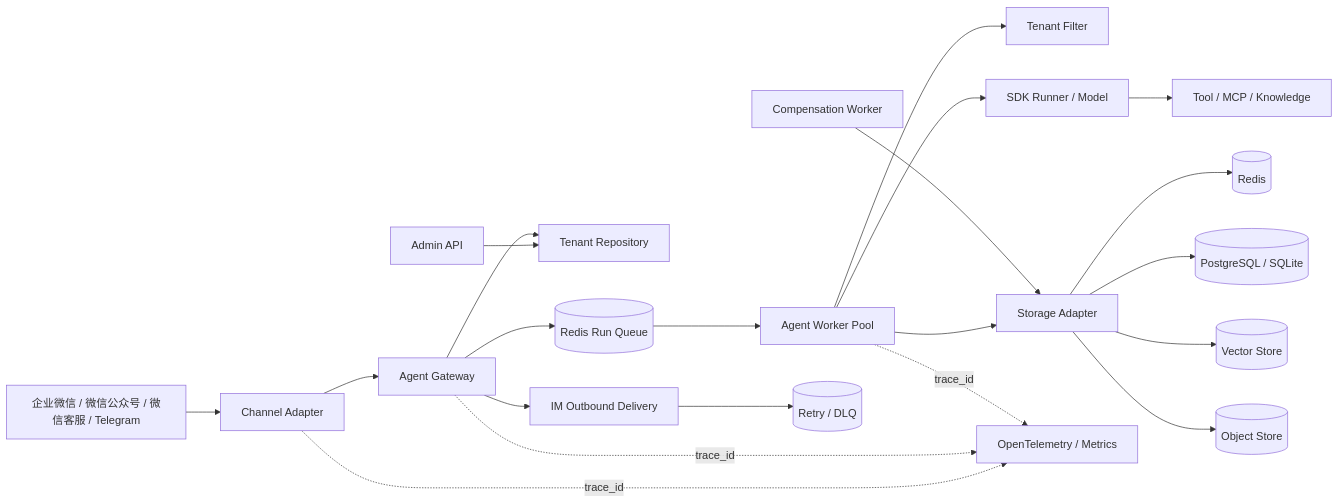
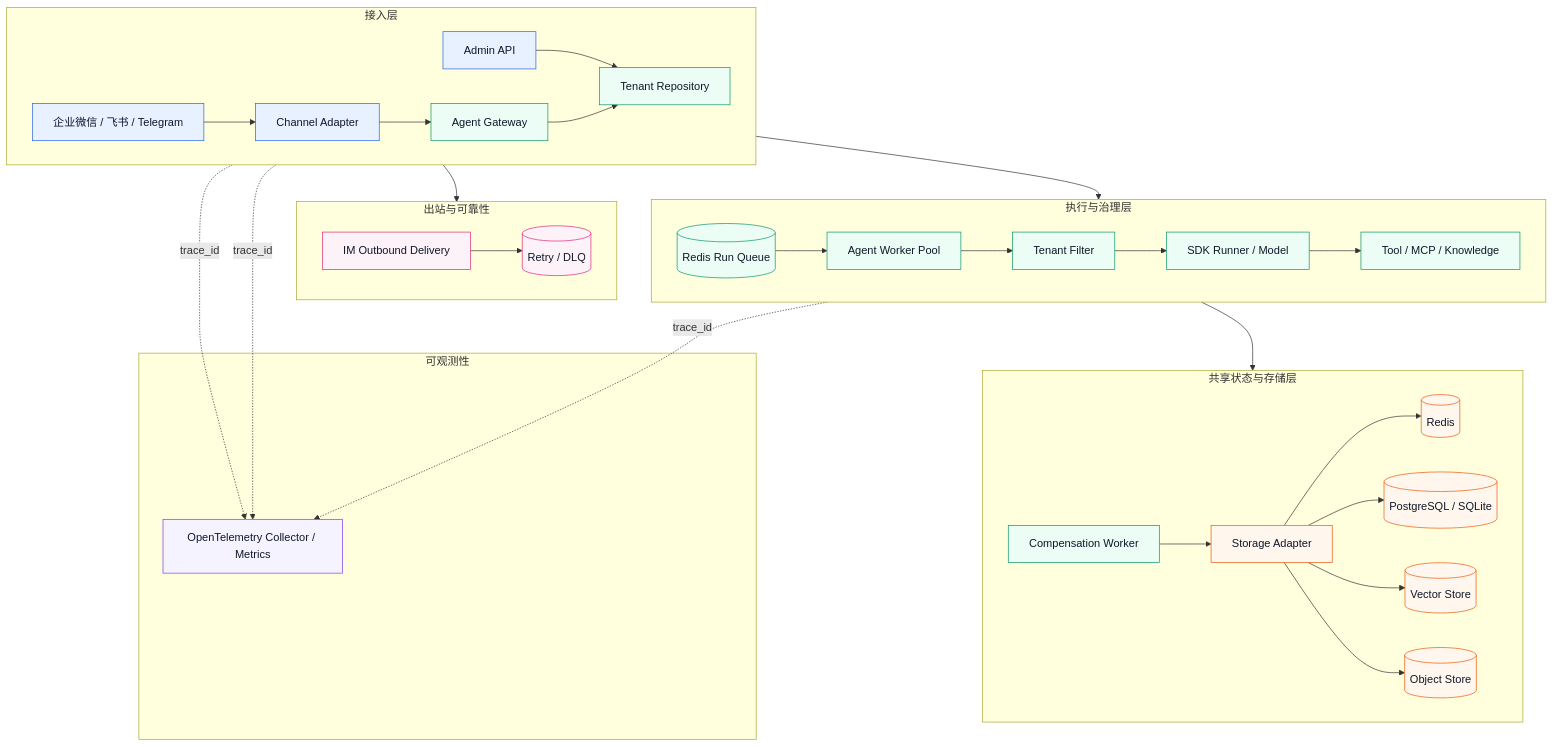
Before and after one commit to raychen911/trpc-agent-service: the diagram in docs/ARCHITECTURE.md, drawn with Mermaid. The commit also changed other lines of this file and 170 other files, not shown here.

Commit message:
feat: finalize multi-tenant agent platform

````diff
--- a/docs/ARCHITECTURE.md
+++ b/docs/ARCHITECTURE.md
@@ -5,23 +5,54 @@
 ```mermaid
-flowchart LR
-  IM[企业微信 / 微信公众号 / 微信客服 / Telegram] --> CA[Channel Adapter]
-  CA --> GW[Agent Gateway]
-  ADM[Admin API] --> CFG[Tenant Repository]
+flowchart TB
+  subgraph ING[接入层]
+    direction LR
+    IM[企业微信 / 飞书 / Telegram] --> CA[Channel Adapter]
+    CA --> GW[Agent Gateway]
+    ADM[Admin API] --> CFG[Tenant Repository]
+  end
+
+  subgraph RUN[执行与治理层]
+    direction LR
+    RQ[(Redis Run Queue)] --> W[Agent Worker Pool]
+    W --> F[Tenant Filter]
+    F --> R[SDK Runner / Model]
+    R --> T[Tool / MCP / Knowledge]
+  end
+
+  subgraph DATA[共享状态与存储层]
+    direction LR
+    ST[Storage Adapter] --> RD[(Redis)]
+    ST --> SQL[(PostgreSQL / SQLite)]
+    ST --> VEC[(Vector Store)]
+    ST --> OBJ[(Object Store)]
+    CW[Compensation Worker] --> ST
+  end
+
+  subgraph OUTBOUND[出站与可靠性]
+    direction LR
+    OUT[IM Outbound Delivery] --> DLQ[(Retry / DLQ)]
+  end
+
+  subgraph OBS[可观测性]
+    TEL[OpenTelemetry Collector / Metrics]
+  end
+
   GW --> CFG
-  GW --> RQ[(Redis Run Queue)]
-  RQ --> W[Agent Worker Pool]
-  W --> F[Tenant Filter]
-  W --> R[SDK Runner / Model]
-  R --> T[Tool / MCP / Knowledge]
-  W --> ST[Storage Adapter]
-  CW[Compensation Worker] --> ST
-  ST --> RD[(Redis)]
-  ST --> SQL[(PostgreSQL / SQLite)]
-  ST --> VEC[(Vector Store)]
-  ST --> OBJ[(Object Store)]
-  GW --> OUT[IM Outbound Delivery]
-  OUT --> DLQ[(Retry / DLQ)]
-  CA -. trace_id .-> TEL[OpenTelemetry / Metrics]
+  GW --> RQ
+  W --> ST
+  GW --> OUT
+  CA -. trace_id .-> TEL
   GW -. trace_id .-> TEL
   W -. trace_id .-> TEL
+
+  classDef ingress fill:#e8f1ff,stroke:#2563eb,color:#0f172a,stroke-width:1px
+  classDef platform fill:#ecfdf5,stroke:#059669,color:#0f172a,stroke-width:1px
+  classDef storage fill:#fff7ed,stroke:#ea580c,color:#0f172a,stroke-width:1px
+  classDef delivery fill:#fdf2f8,stroke:#db2777,color:#0f172a,stroke-width:1px
+  classDef observe fill:#f5f3ff,stroke:#7c3aed,color:#0f172a,stroke-width:1px
+  class IM,CA,ADM ingress
+  class GW,CFG,RQ,W,F,R,T,CW platform
+  class ST,RD,SQL,VEC,OBJ storage
+  class OUT,DLQ delivery
+  class TEL observe
 ```
````
